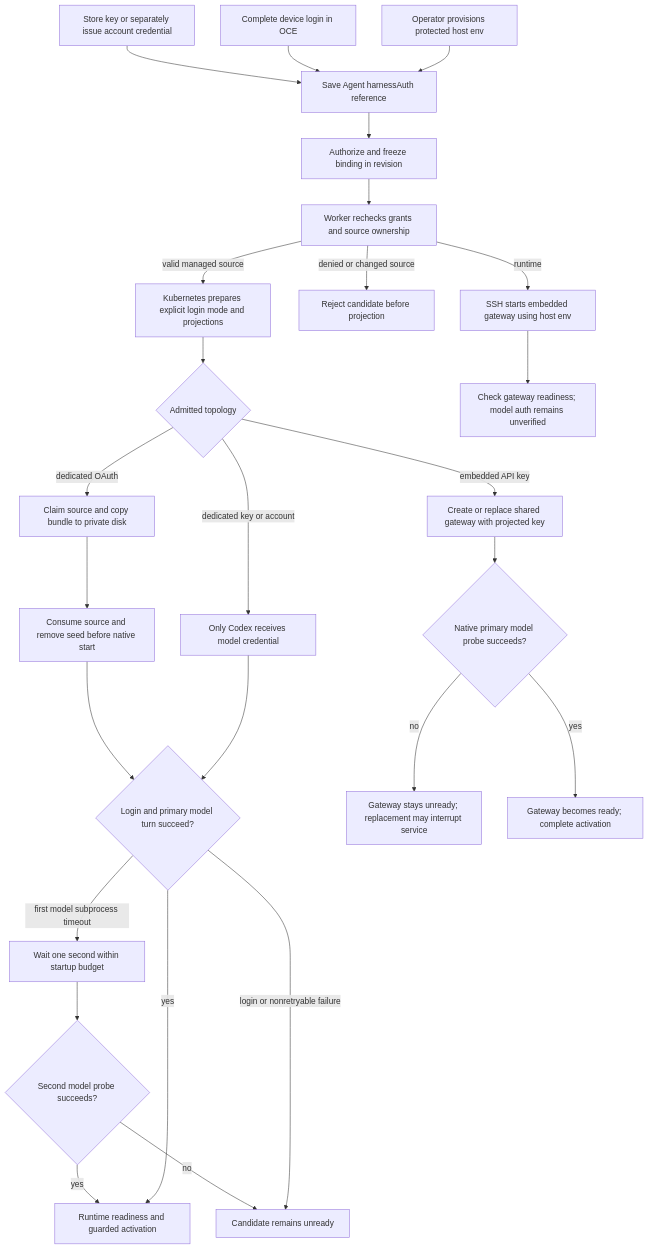
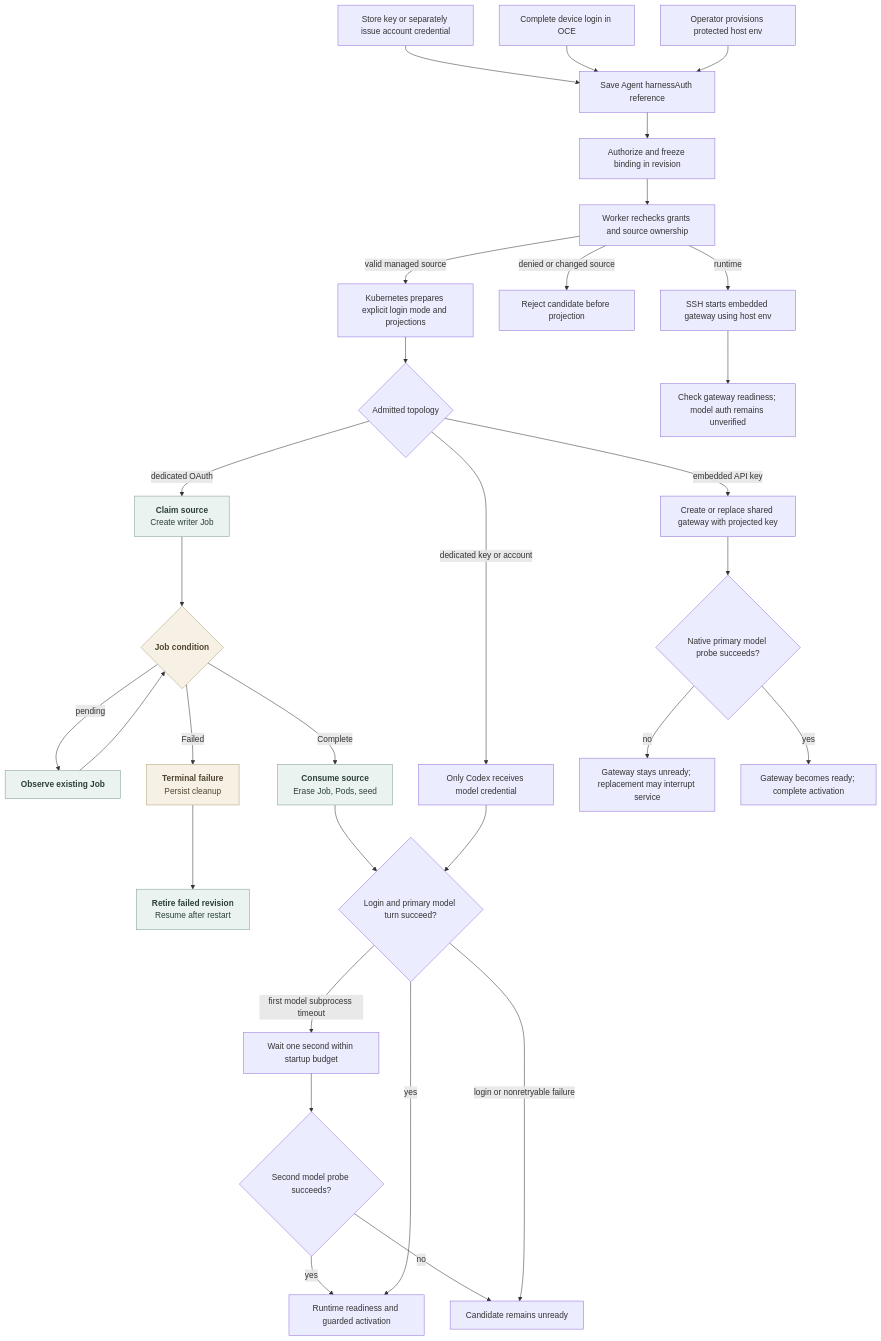
One commit to derekwaynecarr/openclaw-enterprise changed the diagram in docs/flows/native-service-account-credential-delivery.md. Above: the diagram before and after it, drawn with Mermaid. The commit also changed other lines of this file and 26 other files, not shown here.

First line of the commit message:
feat(kubernetes): run OAuth bootstrap as a bounded Job

````diff
--- a/docs/flows/native-service-account-credential-delivery.md
+++ b/docs/flows/native-service-account-credential-delivery.md
@@ -34,28 +33,38 @@
 ```mermaid
 graph TD
   A["Store key or separately issue account credential"] --> B["Save Agent harnessAuth reference"]
   DA["Complete device login in OCE"] --> B
-  G -->|dedicated OAuth| OA["Claim source and copy bundle to private disk"]
-  OA --> OB["Consume source and remove seed before native start"]
+  G -->|dedicated OAuth| OA["<b>Claim source</b><br/>Create writer Job"]
+  OA --> OC{"<b>Job condition</b>"}
+  OC -->|pending| OP["<b>Observe existing Job</b>"]
+  OP --> OC
+  OC -->|Complete| OB["<b>Consume source</b><br/>Erase Job, Pods, seed"]
+  OC -->|Failed| OF["<b>Terminal failure</b><br/>Persist cleanup"]
+  OF --> OG["<b>Retire failed revision</b><br/>Resume after restart"]
   OB --> J
   R["Operator provisions protected host env"] --> B
   D -->|runtime| S["SSH starts embedded gateway using host env"]
   S --> T["Check gateway readiness; model auth remains unverified"]
   B --> C["Authorize and freeze binding in revision"]
   C --> D["Worker rechecks grants and source ownership"]
   D -->|denied or changed source| E["Reject candidate before projection"]
   D -->|valid managed source| F["Kubernetes prepares explicit login mode and projections"]
   F --> G{"Admitted topology"}
   G -->|embedded API key| H["Create or replace shared gateway with projected key"]
   G -->|dedicated key or account| I["Only Codex receives model credential"]
   I --> J{"Login and primary model turn succeed?"}
   J -->|first model subprocess timeout| P["Wait one second within startup budget"]
   P --> Q{"Second model probe succeeds?"}
   Q -->|yes| L
   Q -->|no| K["Candidate remains unready"]
   J -->|login or nonretryable failure| K
   J -->|yes| L["Runtime readiness and guarded activation"]
   H --> M{"Native primary model probe succeeds?"}
   M -->|no| N["Gateway stays unready; replacement may interrupt service"]
   M -->|yes| O["Gateway becomes ready; complete activation"]
+
+  classDef operation fill:#EBF3F0,stroke:#7F9D93,color:#2B4038,stroke-width:1px
+  classDef blocked fill:#F7F1E5,stroke:#B3A078,color:#514532,stroke-width:1px
+  class OA,OP,OB,OG operation
+  class OC,OF blocked
 ```
````
